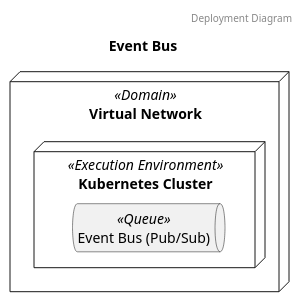
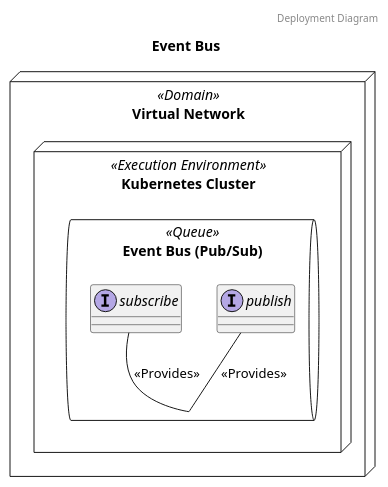
Before and after one commit to garrettsutula/example-trellis-project: the second of 3 diagrams in diagrams/systems/Event_Bus.puml, drawn with PlantUML. The commit also changed other lines of this file and 29 other files, not shown here.

Commit message:
Update deps, diagram examples

```diff
--- a/diagrams/systems/Event_Bus.puml
+++ b/diagrams/systems/Event_Bus.puml
@@ -11,9 +11,14 @@
 @startuml Deployment Diagram Event Bus
 header Deployment Diagram
 title Event Bus
 node "Virtual Network" as Virtual_Network <<Domain>> {
 	node "Kubernetes Cluster" as Kubernetes_Cluster <<Execution Environment>> {
-		queue "Event Bus (Pub/Sub)" as Event_Bus_Pub_Sub <<Queue>>
+		queue "Event Bus (Pub/Sub)" as Event_Bus_Event_Bus_Pub_Sub <<Queue>> {
+			interface "subscribe" as Event_Bus_subscribe
+			interface "publish" as Event_Bus_publish
+		}
 	}
 }
+	Event_Bus_Event_Bus_Pub_Sub -up- Event_Bus_publish: <<Provides>>
+	Event_Bus_Event_Bus_Pub_Sub -up- Event_Bus_subscribe: <<Provides>>
 @enduml
```
